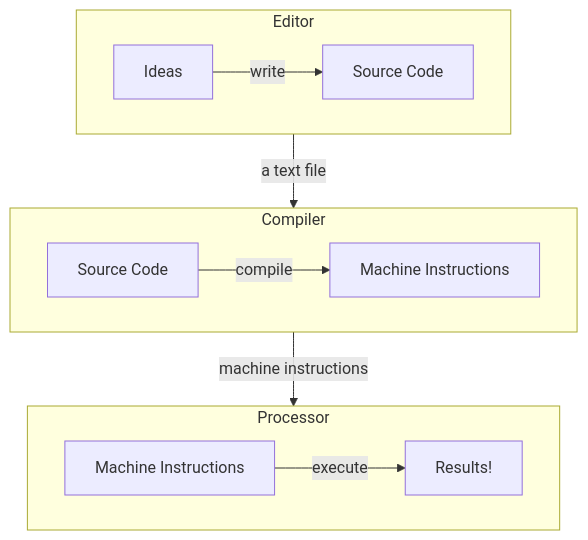
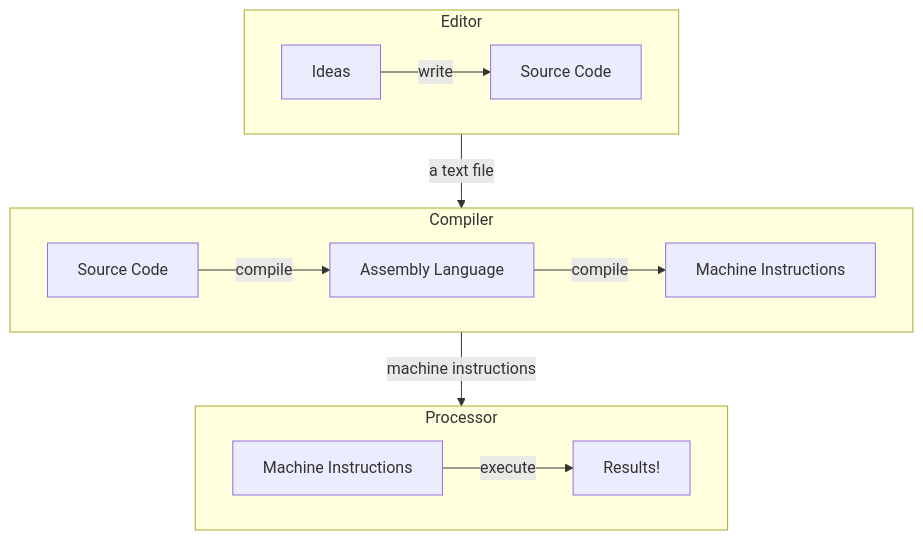
Before and after one commit to ProgrammingMentorship/programmingmentorship.github.io: the diagram in content/docs/getting-started/what-is-computing/software-alt.md, drawn with Mermaid. The commit also changed other lines of this file and 5 other files, not shown here.

```diff
--- a/content/docs/getting-started/what-is-computing/software-alt.md
+++ b/content/docs/getting-started/what-is-computing/software-alt.md
@@ -19,22 +161,18 @@
 {{< mermaid class="center" >}}
 flowchart TD
-
     subgraph Editor
         direction LR
         EI[Ideas] -- write --> ES[Source Code]
     end
-
     subgraph Compiler
         direction LR
-        A[Source Code] -- compile --> B[Machine Instructions]
+        A[Source Code] -- compile --> B[Assembly Language]
+        B -- compile --> C[Machine Instructions]
     end
-    
     subgraph Processor
         direction LR
         D[Machine Instructions] -- execute --> E[Results!]
-    end
-    
+    end 
     Editor -- a text file --> Compiler
-    Compiler -- machine instructions --> Processor
-    
+    Compiler -- machine instructions --> Processor 
 {{< /mermaid >}}
```
